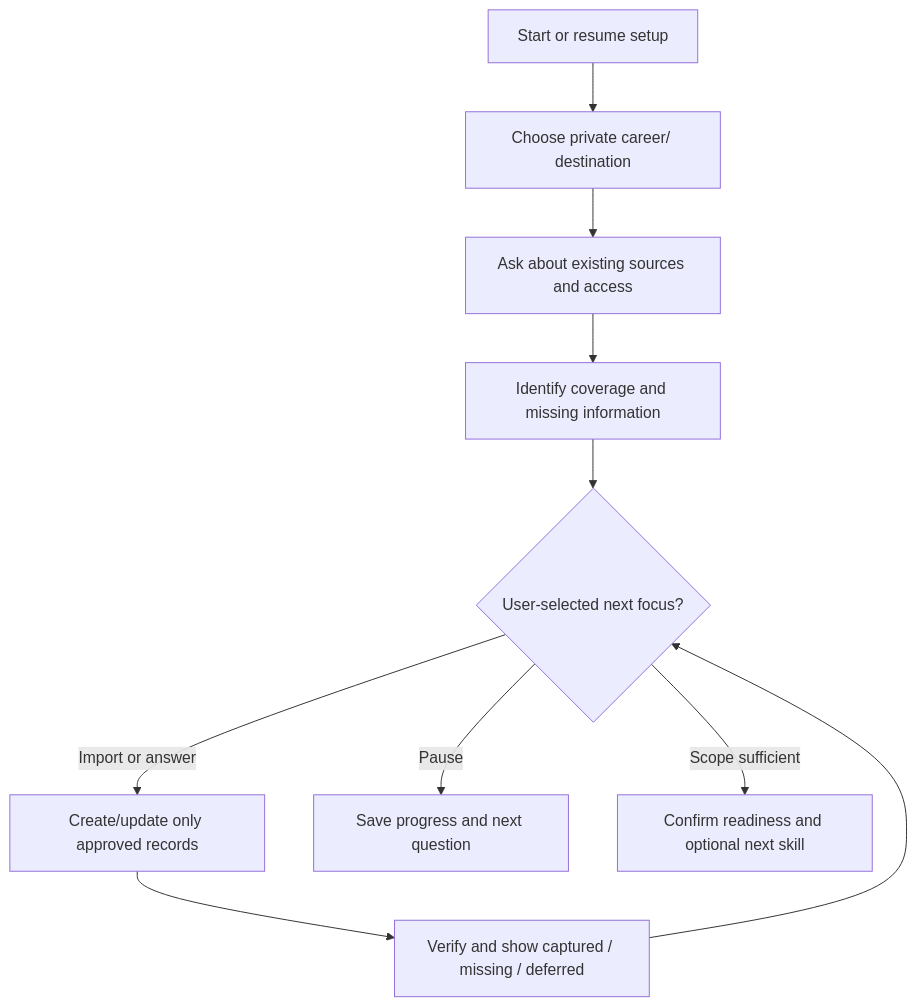
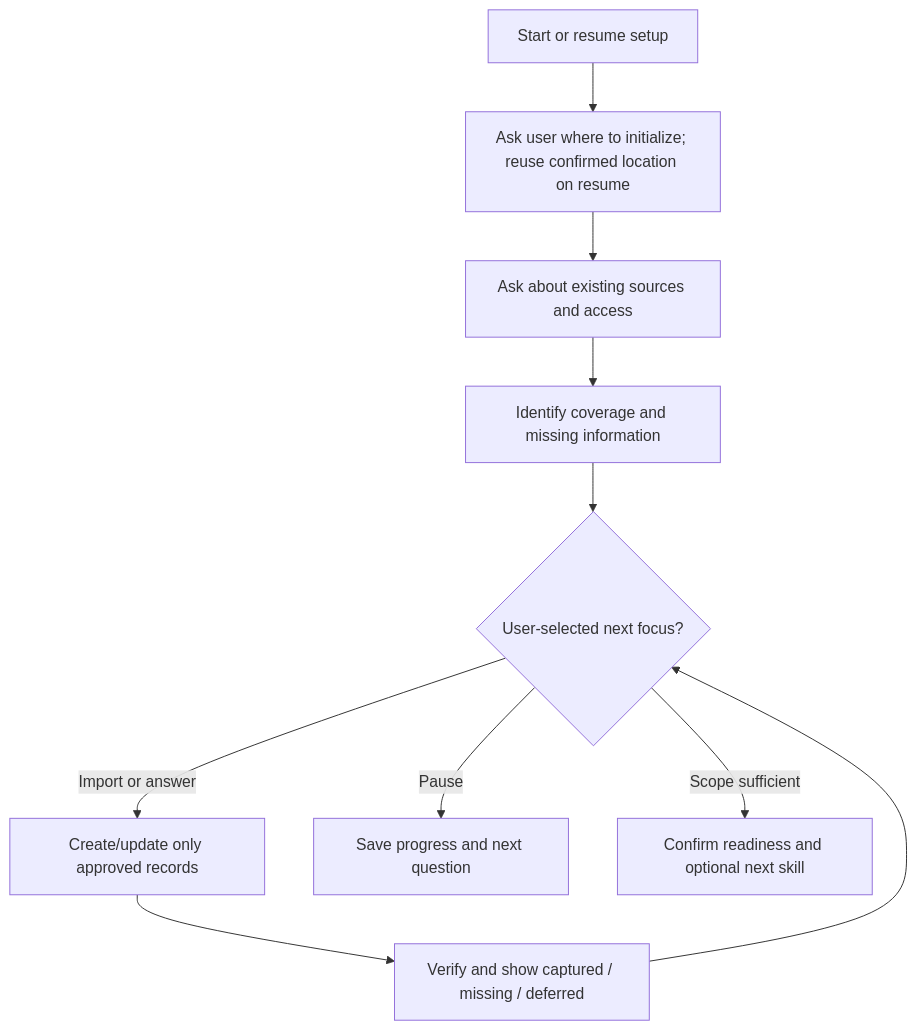
The second of 2 diagrams in docs/USER-JOURNEY.md (lfarci/career-skills), drawn with Mermaid before and after one commit. The commit also changed 7 other files, not shown here.

Commit message:
fix: require destination choice before career workspace setup

````diff
--- a/docs/USER-JOURNEY.md
+++ b/docs/USER-JOURNEY.md
@@ -37,12 +37,12 @@
 ```mermaid
 flowchart TD
-    S["Start or resume setup"] --> D["Choose private career/ destination"]
+    S["Start or resume setup"] --> D["Ask user where to initialize; reuse confirmed location on resume"]
     D --> I["Ask about existing sources and access"]
     I --> C["Identify coverage and missing information"]
     C --> Q{"User-selected next focus?"}
     Q -->|"Import or answer"| W["Create/update only approved records"]
     W --> R["Verify and show captured / missing / deferred"]
     R --> Q
     Q -->|"Pause"| P["Save progress and next question"]
     Q -->|"Scope sufficient"| F["Confirm readiness and optional next skill"]
 ```
````
